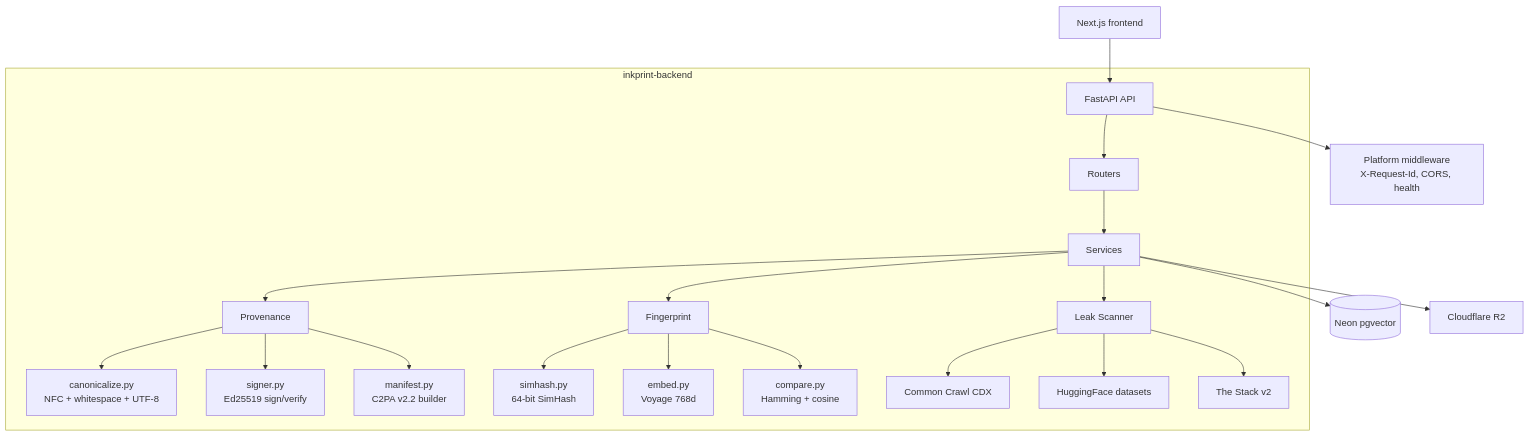
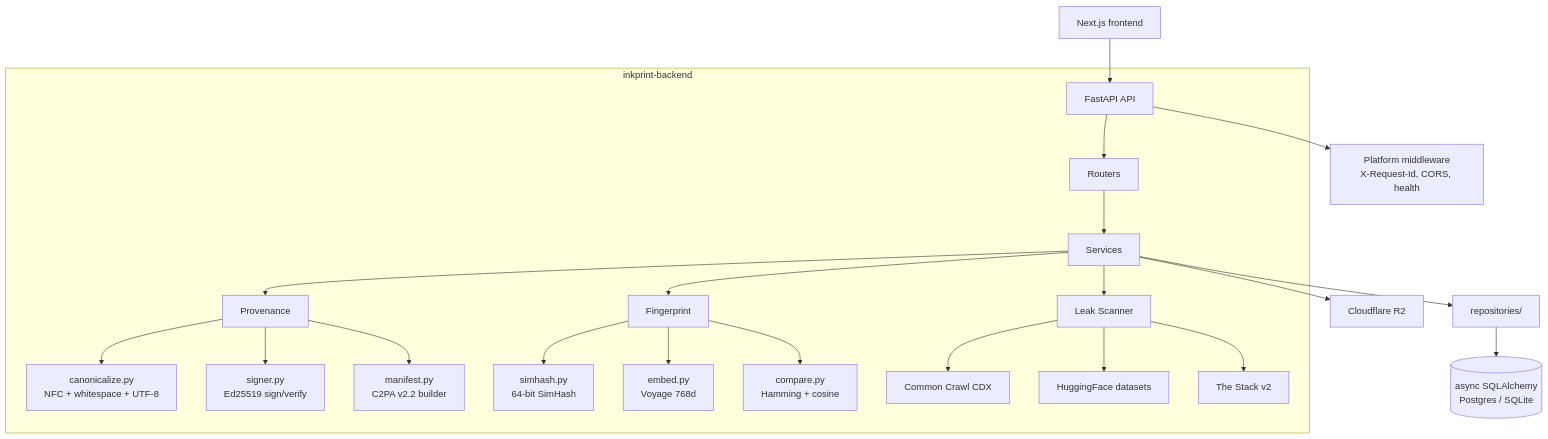
The first of 2 diagrams in docs/ARCHITECTURE.md (Abdul-Muizz1310/inkprint-backend), drawn with Mermaid before and after one commit. The commit also changed other lines of this file and 1 other file, not shown here.

First line of the commit message:
docs: align README + ARCHITECTURE with the real persistence layer

````diff
--- a/docs/ARCHITECTURE.md
+++ b/docs/ARCHITECTURE.md
@@ -5,28 +5,29 @@
 ```mermaid
 graph TD
   Client[Next.js frontend] --> API[FastAPI API]
 
   subgraph inkprint-backend
     API --> Routers[Routers]
     Routers --> Services[Services]
     Services --> Provenance[Provenance]
     Services --> Fingerprint[Fingerprint]
     Services --> LeakMod[Leak Scanner]
 
     Provenance --> Canon[canonicalize.py<br/>NFC + whitespace + UTF-8]
     Provenance --> Signer[signer.py<br/>Ed25519 sign/verify]
     Provenance --> Manifest[manifest.py<br/>C2PA v2.2 builder]
 
     Fingerprint --> SimHash[simhash.py<br/>64-bit SimHash]
     Fingerprint --> Embed[embed.py<br/>Voyage 768d]
     Fingerprint --> Compare[compare.py<br/>Hamming + cosine]
 
     LeakMod --> CC[Common Crawl CDX]
     LeakMod --> HF[HuggingFace datasets]
     LeakMod --> Stack[The Stack v2]
   end
 
-  Services --> DB[(Neon pgvector)]
+  Services --> Repos[repositories/]
+  Repos --> DB[(async SQLAlchemy<br/>Postgres / SQLite)]
   Services --> R2[Cloudflare R2]
   API --> Platform[Platform middleware<br/>X-Request-Id, CORS, health]
 ```
````
